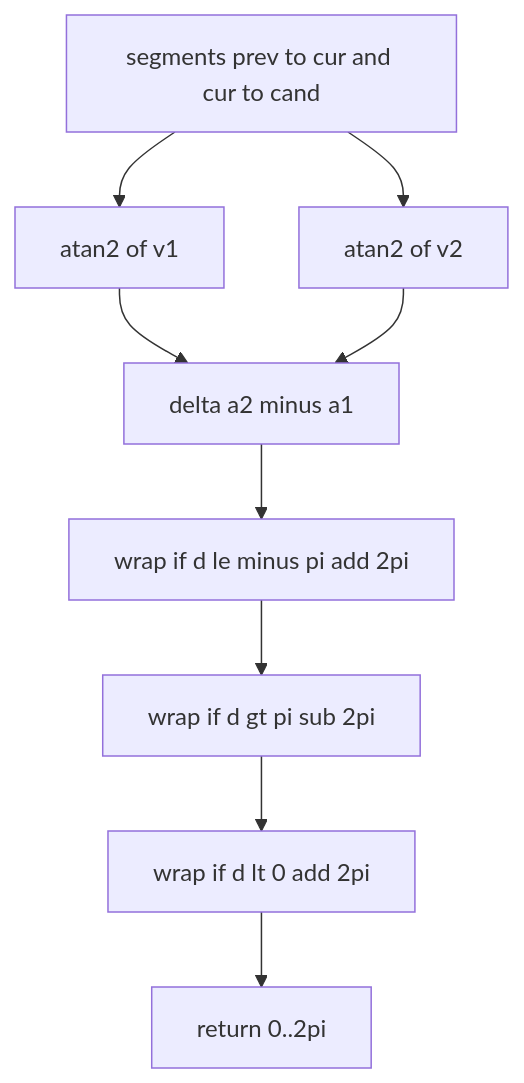
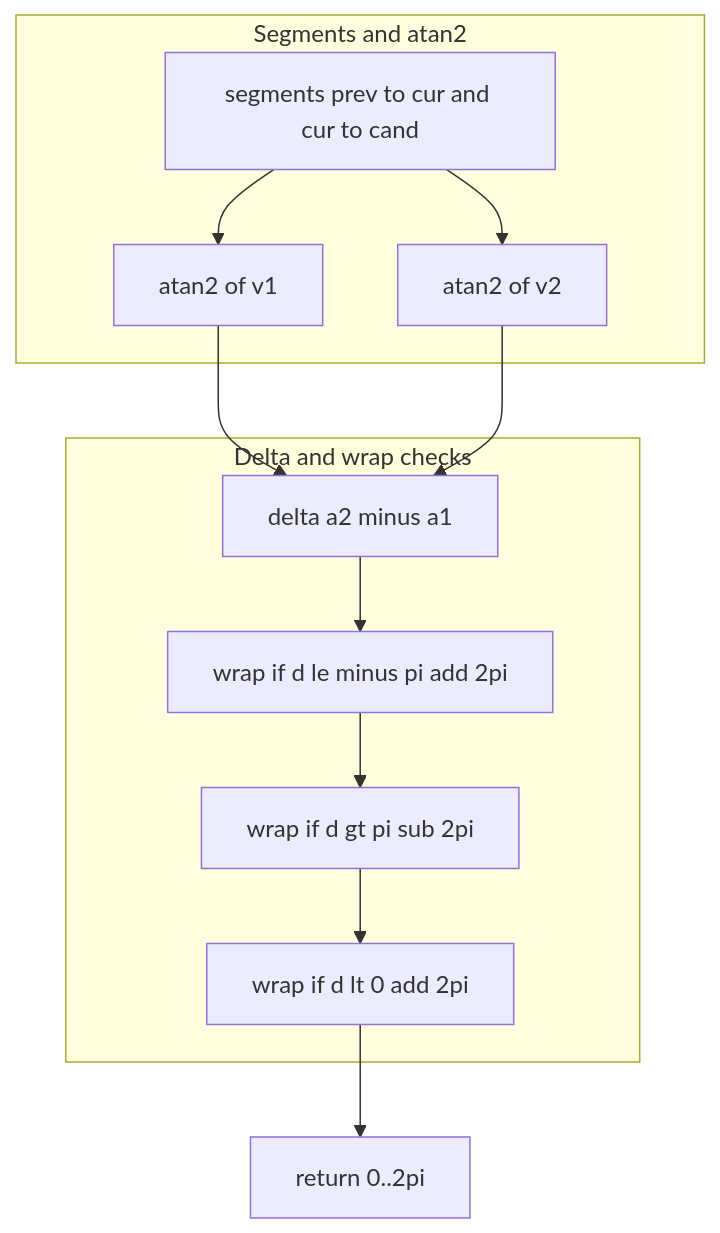
One commit to Gh0st352/AETHR changed the second of 3 diagrams in docs/math/angles.md. Above: the diagram before and after it, drawn with Mermaid. The commit also changed other lines of this file and 5 other files, not shown here.

First line of the commit message:
docs: normalize headings and enhance Mermaid diagrams in math README

````diff
--- a/docs/math/angles.md
+++ b/docs/math/angles.md
@@ -26,11 +37,27 @@
 ```mermaid
+%% shared theme: docs/_mermaid/theme.json %%
 flowchart TD
-  SEG[segments prev to cur and cur to cand] --> A1[atan2 of v1]
-  SEG --> A2[atan2 of v2]
-  A1 --> D[delta a2 minus a1]
+  subgraph "Segments and atan2"
+    SEG[segments prev to cur and cur to cand]
+    A1[atan2 of v1]
+    A2[atan2 of v2]
+  end
+  subgraph "Delta and wrap checks"
+    D[delta a2 minus a1]
+    WR1[wrap if d le minus pi add 2pi]
+    WR2[wrap if d gt pi sub 2pi]
+    WR3[wrap if d lt 0 add 2pi]
+  end
+  SEG --> A1
+  SEG --> A2
+  A1 --> D
   A2 --> D
-  D --> WR1[wrap if d le minus pi add 2pi]
-  WR1 --> WR2[wrap if d gt pi sub 2pi]
-  WR2 --> WR3[wrap if d lt 0 add 2pi]
+  D --> WR1
+  WR1 --> WR2
+  WR2 --> WR3
   WR3 --> OUT[return 0..2pi]
+  class SEG class_io;
+  class A1,A2 class_compute;
+  class D,WR1,WR2,WR3 class_step;
+  class OUT class_result;
 ```
````
